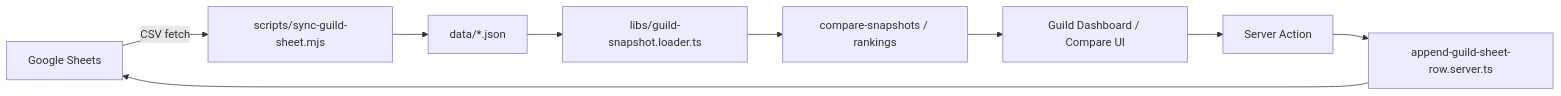
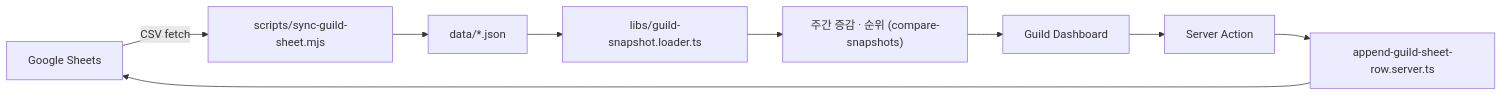
The diagram in docs/ARCHITECTURE.md (G-NooN-in-Dev/meki-guild), drawn with Mermaid before and after one commit. The commit also changed other lines of this file and 3 other files, not shown here.

````diff
--- a/docs/ARCHITECTURE.md
+++ b/docs/ARCHITECTURE.md
@@ -43,20 +42,20 @@
 ```mermaid
 flowchart LR
   Sheets[Google Sheets]
   Sync["scripts/sync-guild-sheet.mjs"]
   JSON["data/*.json"]
   Loader["libs/guild-snapshot.loader.ts"]
-  Compare["compare-snapshots / rankings"]
-  UI[Guild Dashboard / Compare UI]
+  Diff["주간 증감 · 순위 (compare-snapshots)"]
+  UI[Guild Dashboard]
   Action[Server Action]
   Append["append-guild-sheet-row.server.ts"]
 
   Sheets -->|CSV fetch| Sync
   Sync --> JSON
   JSON --> Loader
-  Loader --> Compare
-  Compare --> UI
+  Loader --> Diff
+  Diff --> UI
   UI --> Action
   Action --> Append
   Append --> Sheets
 ```
````
